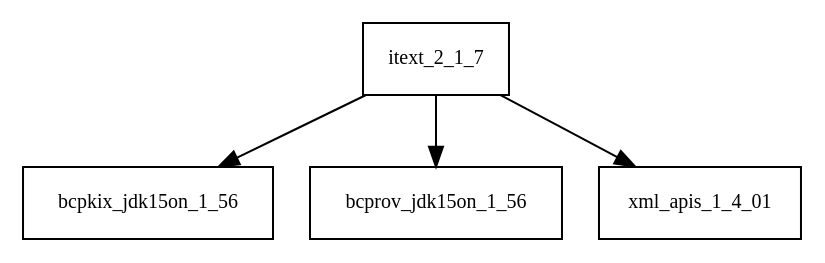
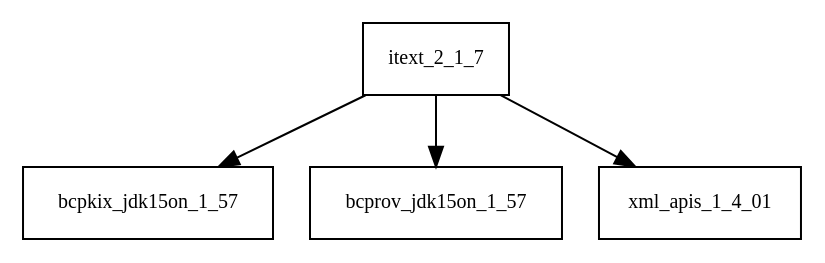
Before and after one commit to AglaianWoman/cia: the diagram in tattleTaleReport/graphviz/itext-2.1.7.jar/itext-2.1.7.jar.dot, drawn with Graphviz. The commit also changed 1059 other files, not shown here.

```diff
--- a/tattleTaleReport/graphviz/itext-2.1.7.jar/itext-2.1.7.jar.dot
+++ b/tattleTaleReport/graphviz/itext-2.1.7.jar/itext-2.1.7.jar.dot
@@ -1,6 +1,6 @@
 digraph itext_2_1_7_dependencies {
   node [shape = box, fontsize=10.0];
-  itext_2_1_7 -> bcpkix_jdk15on_1_56;
-  itext_2_1_7 -> bcprov_jdk15on_1_56;
+  itext_2_1_7 -> bcpkix_jdk15on_1_57;
+  itext_2_1_7 -> bcprov_jdk15on_1_57;
   itext_2_1_7 -> xml_apis_1_4_01;
 }
```
